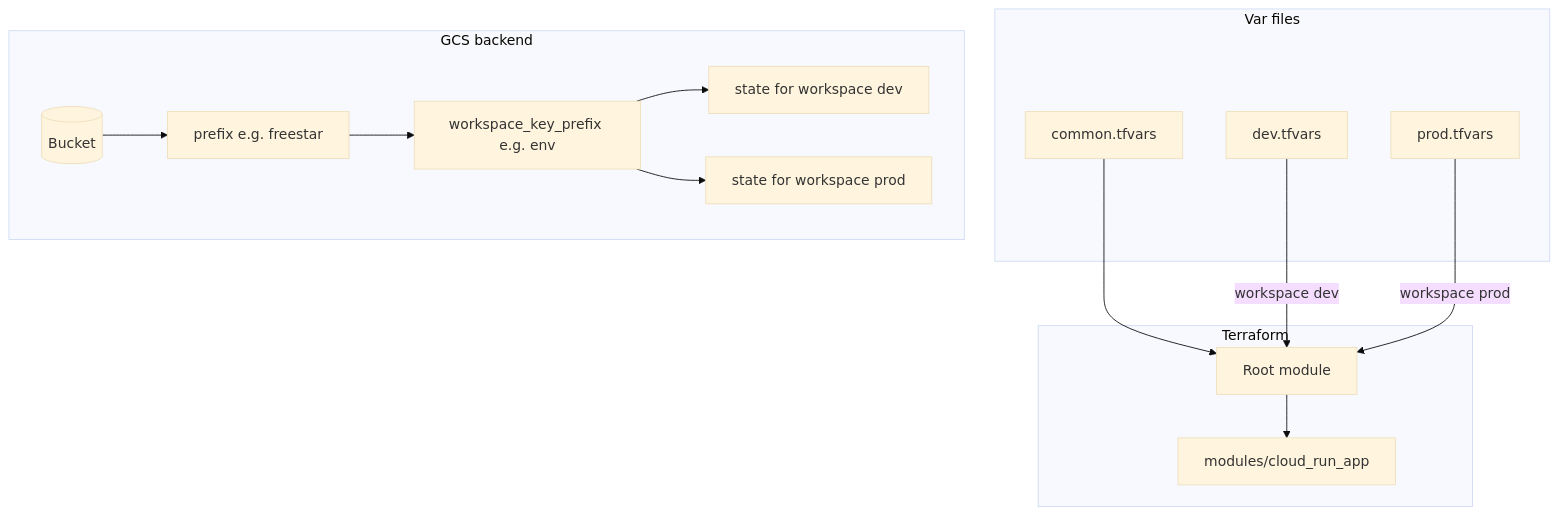
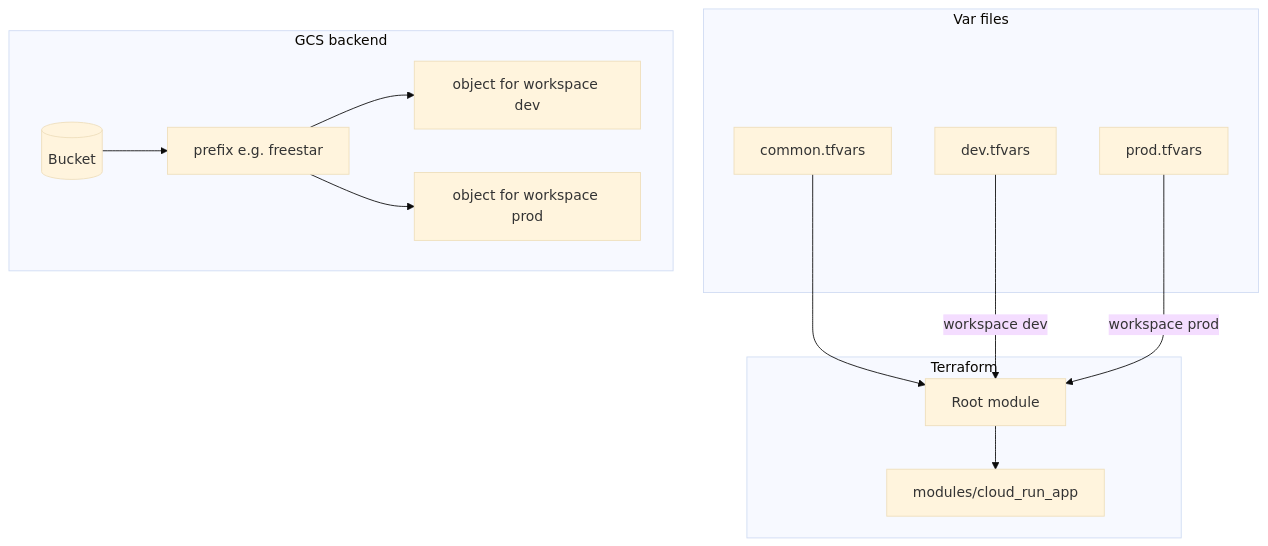
The third of 4 diagrams in README.md (almssp/gcp-cloud-run-terraform), drawn with Mermaid (base theme) before and after one commit. The commit also changed other lines of this file and 4 other files, not shown here.

````diff
--- a/README.md
+++ b/README.md
@@ -100,27 +102,25 @@
 ```mermaid
 flowchart TB
   subgraph files [Var files]
     common[common.tfvars]
     devTf[dev.tfvars]
     prodTf[prod.tfvars]
   end
   subgraph tf [Terraform]
     root[Root module]
     mod[modules/cloud_run_app]
   end
   subgraph backend [GCS backend]
     bucket[(Bucket)]
     prefix[prefix e.g. freestar]
-    wkp[workspace_key_prefix e.g. env]
-    stateDev[state for workspace dev]
-    stateProd[state for workspace prod]
+    stateDev[object for workspace dev]
+    stateProd[object for workspace prod]
   end
   common --> root
   devTf -->|"workspace dev"| root
   prodTf -->|"workspace prod"| root
   root --> mod
   bucket --> prefix
-  prefix --> wkp
-  wkp --> stateDev
-  wkp --> stateProd
+  prefix --> stateDev
+  prefix --> stateProd
 ```
````
